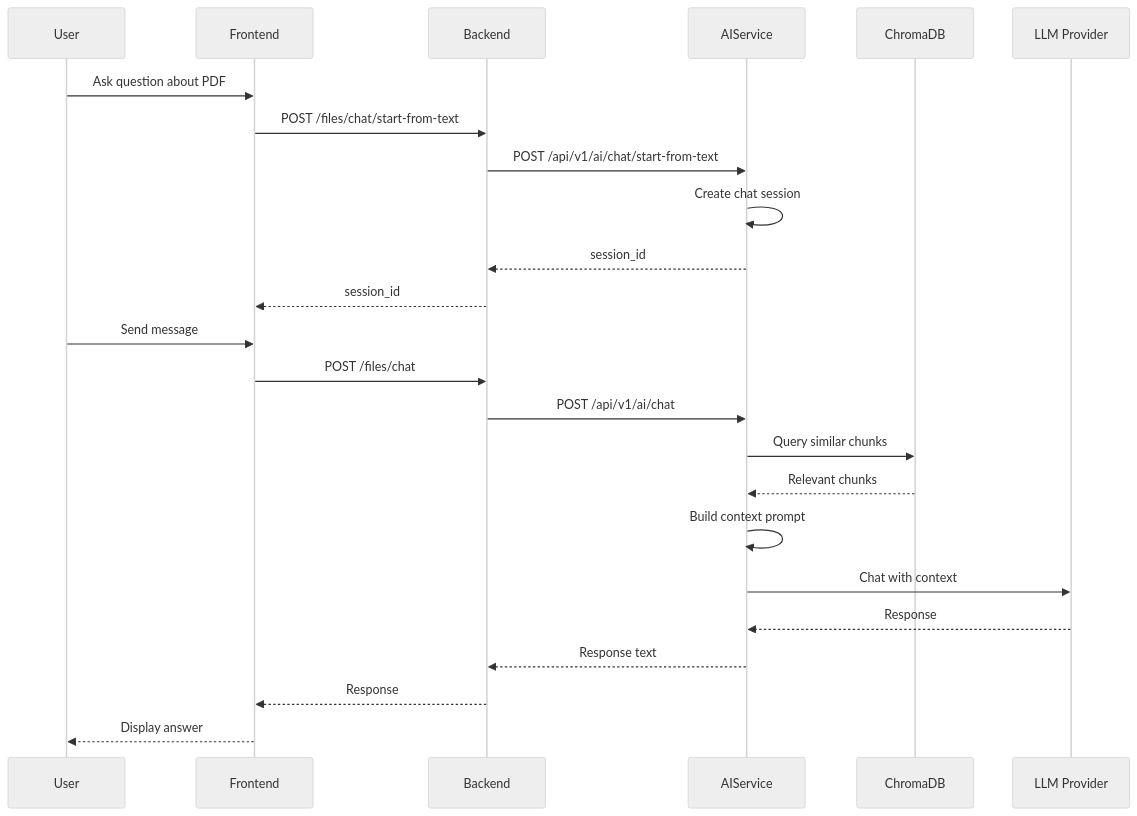
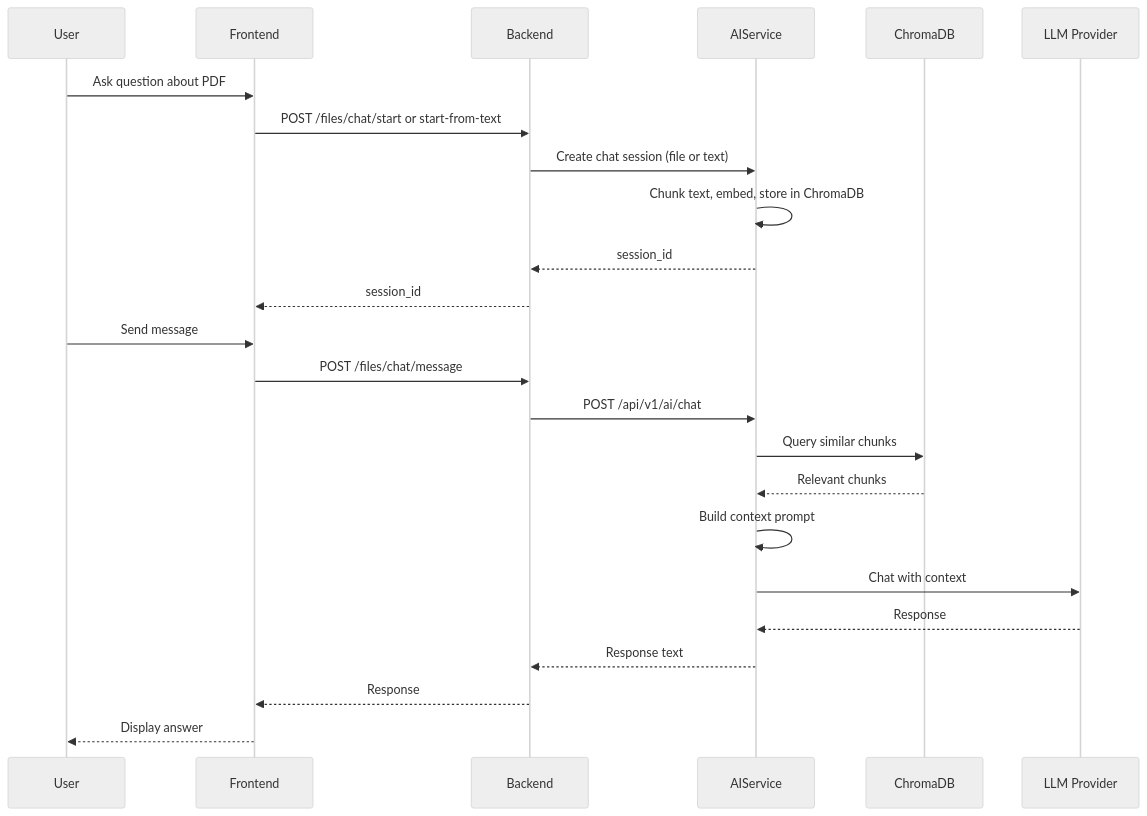
Before and after one commit to BM-NeuroPDF/NeuroPDF: the third of 9 diagrams in docs/architecture/ARCHITECTURE.md, drawn with Mermaid (neutral theme). The commit also changed other lines of this file and 20 other files, not shown here.

````diff
--- a/docs/architecture/ARCHITECTURE.md
+++ b/docs/architecture/ARCHITECTURE.md
@@ -129,28 +138,28 @@
 ```mermaid
 sequenceDiagram
     participant User
     participant Frontend
     participant Backend
     participant AIService
     participant ChromaDB
     participant LLM as LLM Provider
     
     User->>Frontend: Ask question about PDF
-    Frontend->>Backend: POST /files/chat/start-from-text
-    Backend->>AIService: POST /api/v1/ai/chat/start-from-text
-    AIService->>AIService: Create chat session
+    Frontend->>Backend: POST /files/chat/start or start-from-text
+    Backend->>AIService: Create chat session (file or text)
+    AIService->>AIService: Chunk text, embed, store in ChromaDB
     AIService-->>Backend: session_id
     Backend-->>Frontend: session_id
     
     User->>Frontend: Send message
-    Frontend->>Backend: POST /files/chat
+    Frontend->>Backend: POST /files/chat/message
     Backend->>AIService: POST /api/v1/ai/chat
     AIService->>ChromaDB: Query similar chunks
     ChromaDB-->>AIService: Relevant chunks
     AIService->>AIService: Build context prompt
     AIService->>LLM: Chat with context
     LLM-->>AIService: Response
     AIService-->>Backend: Response text
     Backend-->>Frontend: Response
     Frontend-->>User: Display answer
 ```
````
